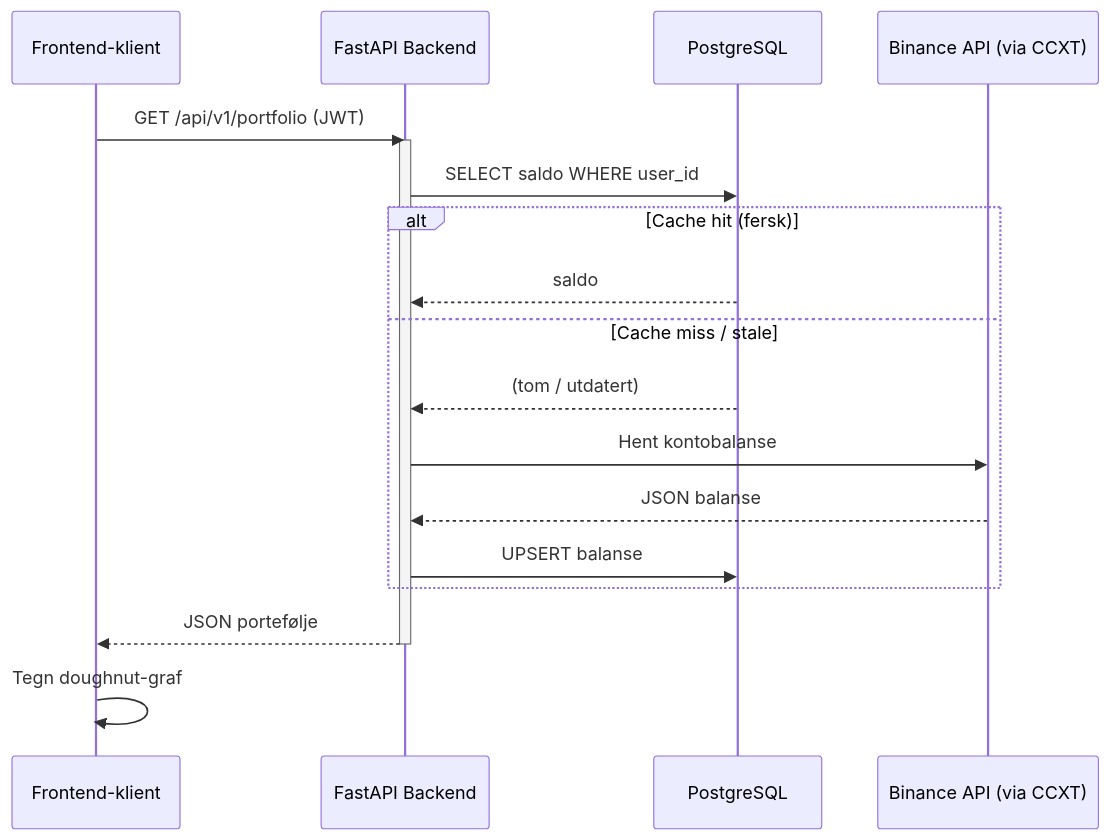
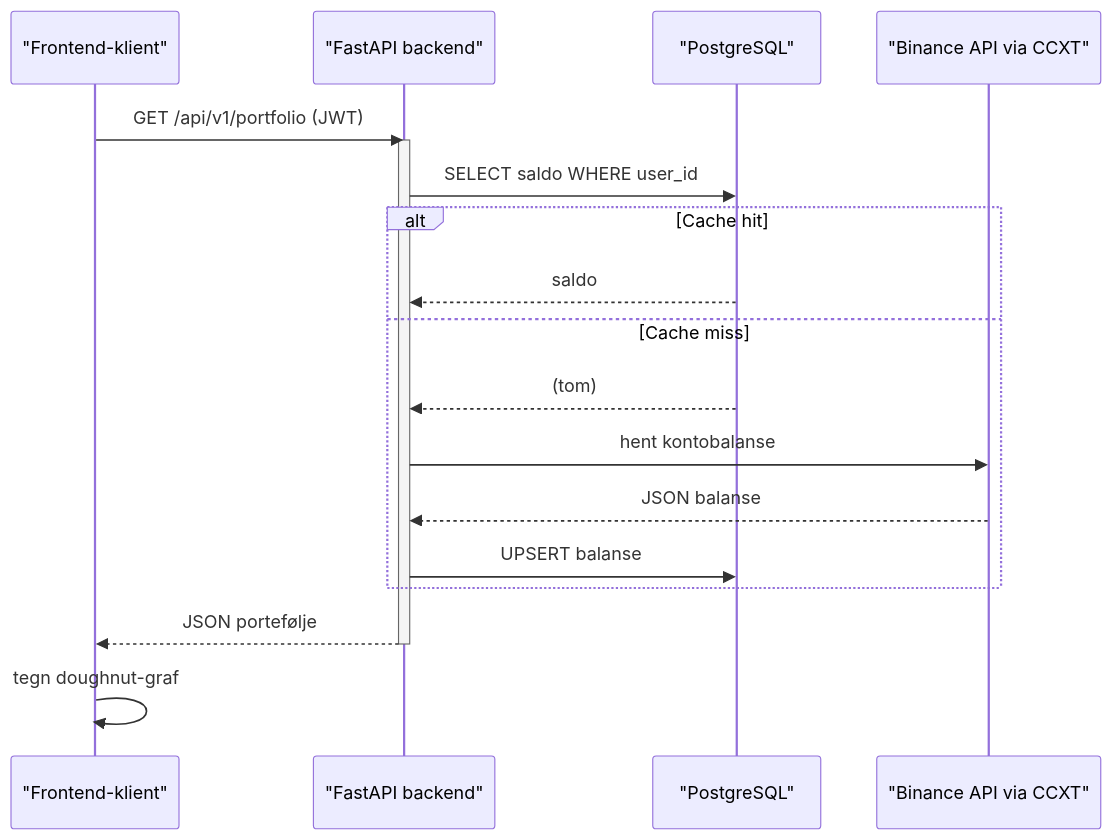
One commit to engan/investlytics-hub-proposal changed the fifth of 10 diagrams in README.md. Above: the diagram before and after it, drawn with Mermaid. The commit also changed other lines of this file, not shown here.

Commit message:
docs(readme): Fixed syntax error in Mermaid diagram for GitHub

````diff
--- a/README.md
+++ b/README.md
@@ -420,22 +420,24 @@
 ```mermaid
 sequenceDiagram
-    participant User as Frontend-klient
-    participant API as FastAPI Backend
-    participant DB as PostgreSQL
-    participant CEX as Binance API (via CCXT)
+    participant User     as "Frontend-klient"
+    participant API      as "FastAPI backend"
+    participant DB       as "PostgreSQL"
+    participant CEX      as "Binance API via CCXT"
 
-    User->>API: GET /api/v1/portfolio (JWT)
+    User  ->> API : GET /api/v1/portfolio (JWT)
     activate API
-    API->>DB: SELECT saldo WHERE user_id
-    alt Cache hit (fersk)
-        DB-->>API: saldo
-    else Cache miss / stale
-        DB-->>API: (tom / utdatert)
-        API->>CEX: Hent kontobalanse
-        CEX-->>API: JSON balanse
-        API->>DB: UPSERT balanse
+    API   ->> DB  : SELECT saldo WHERE user_id
+
+    alt Cache hit
+        DB  -->> API : saldo
+    else Cache miss
+        DB  -->> API : (tom)
+        API ->> CEX : hent kontobalanse
+        CEX -->> API : JSON balanse
+        API ->> DB  : UPSERT balanse
     end
-    API-->>User: JSON portefølje
+
+    API  -->> User : JSON portefølje
     deactivate API
-    User->>User: Tegn doughnut-graf
+    User ->> User : tegn doughnut-graf
 ``` 
````
